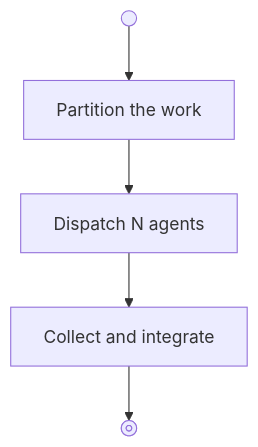
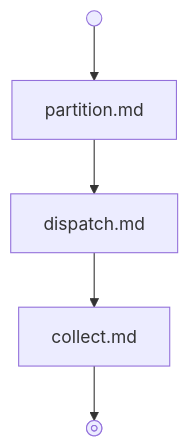
One commit to jdeurt/graph-workflows changed the diagram in skills/graph-workflows/references/examples/write-code/steps/implement.md. Above: the diagram before and after it, drawn with Mermaid. The commit also changed 10 other files, not shown here.

````diff
--- a/skills/graph-workflows/references/examples/write-code/steps/implement.md
+++ b/skills/graph-workflows/references/examples/write-code/steps/implement.md
@@ -6,17 +6,12 @@
 ```mermaid
 flowchart TD
 _start@{ shape: sm-circ, label: "Start" }
-partition["Partition the work"]
-click partition href "implement/partition.md"
-dispatch["Dispatch N agents"]
-click dispatch href "implement/dispatch.md"
-collect["Collect and integrate"]
-click collect href "implement/collect.md"
+partition["partition.md"]
+dispatch["dispatch.md"]
+collect["collect.md"]
 _stop@{ shape: framed-circle, label: "Stop" }
-click _start href "implement/_start.md"
-click _stop href "implement/_stop.md"
 _start --> partition
 partition --> dispatch
 dispatch --> collect
 collect --> _stop
 ```
````
